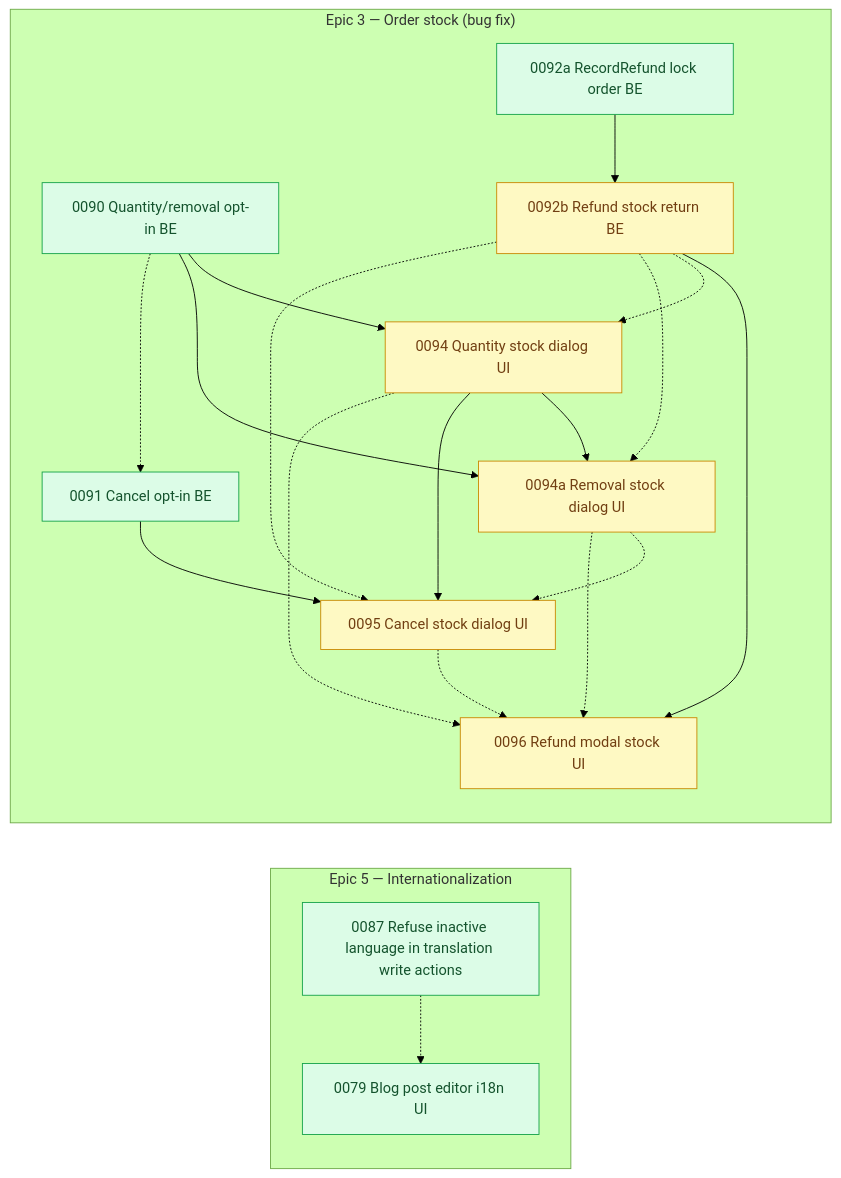
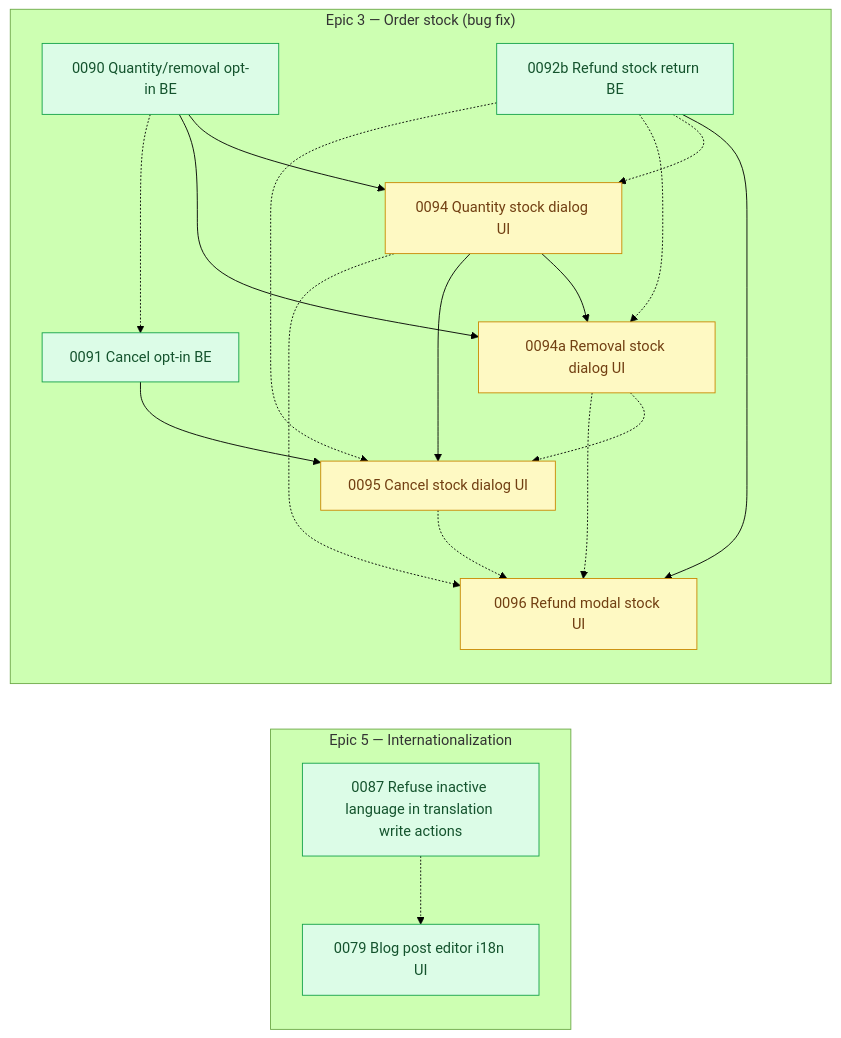
One commit to shojen/AI4Devs-finalproject changed the diagram in arospe/ai-spec/tasks-map.md. Above: the diagram before and after it, drawn with Mermaid (forest theme). The commit also changed other lines of this file and 6 other files, not shown here.

```diff
--- a/arospe/ai-spec/tasks-map.md
+++ b/arospe/ai-spec/tasks-map.md
@@ -608,7 +611,6 @@
         direction TB
         P0090["0090 Quantity/removal opt-in BE"]
         P0091["0091 Cancel opt-in BE"]
-        P0092a["0092a RecordRefund lock order BE"]
         P0092b["0092b Refund stock return BE"]
         P0094["0094 Quantity stock dialog UI"]
         P0094a["0094a Removal stock dialog UI"]
@@ -617,7 +619,6 @@
     end
     %% (P0089 merged into P0088 and P0092 split into P0092a/P0092b on 2026-11-08; their nodes and edges are dropped.)
     %% (P0088 --> P0090/P0091/P0092b replaced by P0088 --> P0088a --> … on 2026-11-08, review #4 split.)
-    P0092a --> P0092b
     P0090 --> P0094
     P0090 --> P0094a
     P0094 --> P0094a
@@ -632,8 +633,8 @@
     P0094 -.-> P0096
     P0094a -.-> P0096
     P0095 -.-> P0096
-    class P0092a,P0090,P0091 ready;
-    class P0092b,P0094,P0094a,P0095,P0096 pending;
+    class P0090,P0091,P0092b ready;
+    class P0094,P0094a,P0095,P0096 pending;
 
     %% Standalone (no PRD epic)
     %% (P0082's own node dropped: 0082 closed to done/ this pass, per the update at the top of this file.)
```
